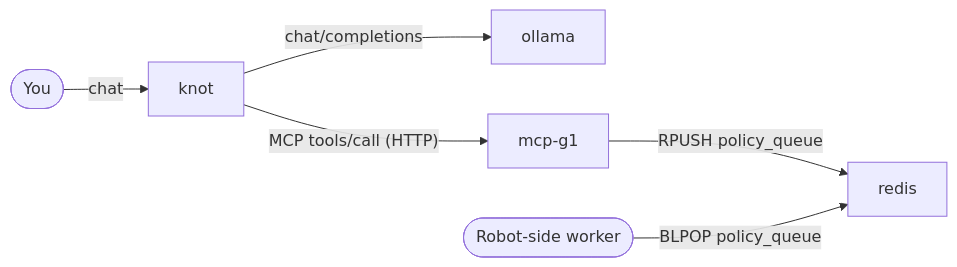
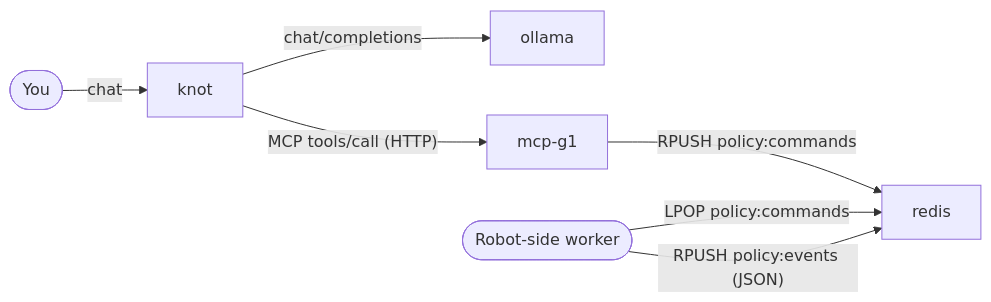
One commit to nk9552344/ollama-knot changed the diagram in README.md. Above: the diagram before and after it, drawn with Mermaid. The commit also changed other lines of this file and 21 other files, not shown here.

````diff
--- a/README.md
+++ b/README.md
@@ -13,8 +13,9 @@
 ```mermaid
 flowchart LR
     user([You]) -->|chat| knot
     knot -->|"chat/completions"| ollama
     knot -->|"MCP tools/call (HTTP)"| mcpg1[mcp-g1]
-    mcpg1 -->|RPUSH policy_queue| redis
-    robot([Robot-side worker]) -->|BLPOP policy_queue| redis
+    mcpg1 -->|"RPUSH policy:commands"| redis
+    robot([Robot-side worker]) -->|"LPOP policy:commands"| redis
+    robot -->|"RPUSH policy:events (JSON)"| redis
 ```
````
